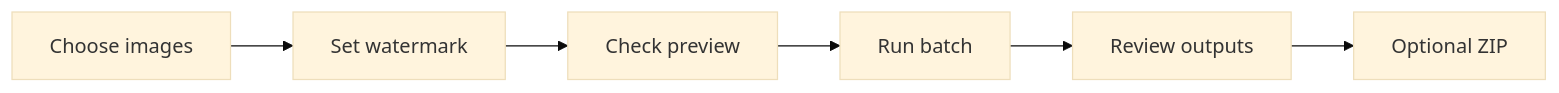
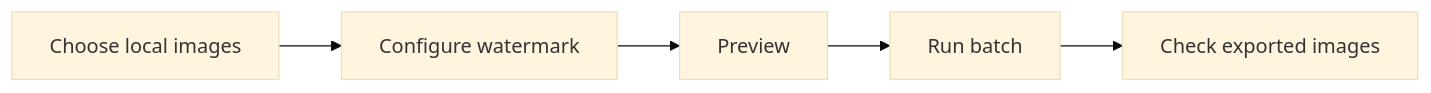
The diagram in README.md (Roxas130/watermarkpro-showcase), drawn with Mermaid (base theme) before and after one commit. The commit also changed other lines of this file, not shown here.

````diff
--- a/README.md
+++ b/README.md
@@ -24,8 +39,7 @@
 ```mermaid
 flowchart LR
-    A["Choose images"] --> B["Set watermark"]
-    B --> C["Check preview"]
+    A["Choose local images"] --> B["Configure watermark"]
+    B --> C["Preview"]
     C --> D["Run batch"]
-    D --> E["Review outputs"]
-    E --> F["Optional ZIP"]
+    D --> E["Check exported images"]
 ```
````
